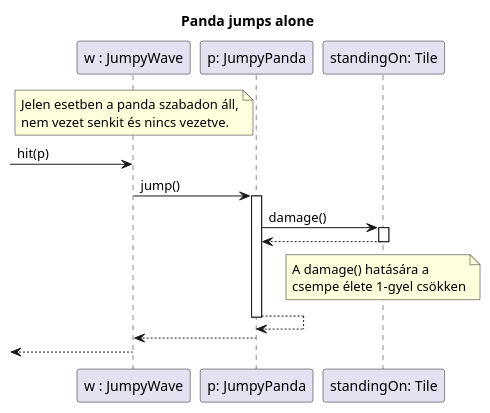
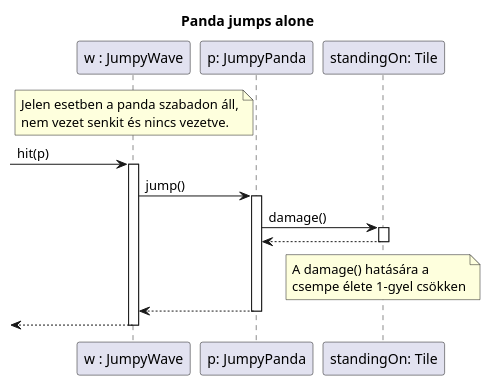
The diagram in diagrams/skeleton_usecases/SequenceDiagram_UseCases_PandaJumpsAlone.puml (bokovhu/software-project-laboratory-assignment), drawn with PlantUML before and after one commit. The commit also changed 6 other files, not shown here.

```diff
--- a/diagrams/skeleton_usecases/SequenceDiagram_UseCases_PandaJumpsAlone.puml
+++ b/diagrams/skeleton_usecases/SequenceDiagram_UseCases_PandaJumpsAlone.puml
@@ -1,41 +1,42 @@
 @startuml
 title Panda jumps alone
 
 participant "w : JumpyWave" as w
 
 participant "p: JumpyPanda" as p2
 participant "standingOn: Tile" as standingOn
 
 
 note over w
 Jelen esetben a panda szabadon áll,
 nem vezet senkit és nincs vezetve.
 end note
 [->w: hit(p)
-
+activate w
 
 
 w->p2 ++: jump()
 
 
 
 
 
 
 p2->standingOn ++ : damage()
 standingOn-->p2 --
 note over standingOn
 A damage() hatására a
 csempe élete 1-gyel csökken
 end note
 
 
 
 
-p2-->p2 --
 
 p2-->w --
 
 
 [<-- w
+deactivate w
+
 @enduml
```
